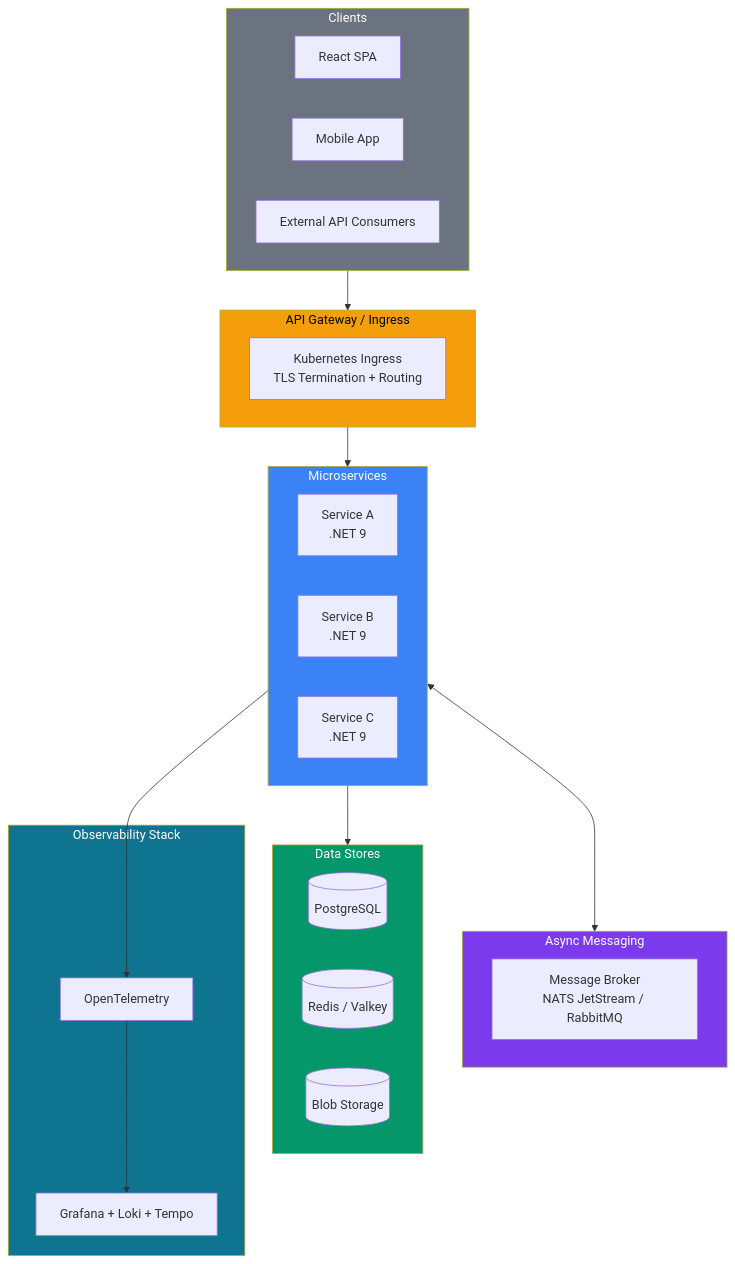
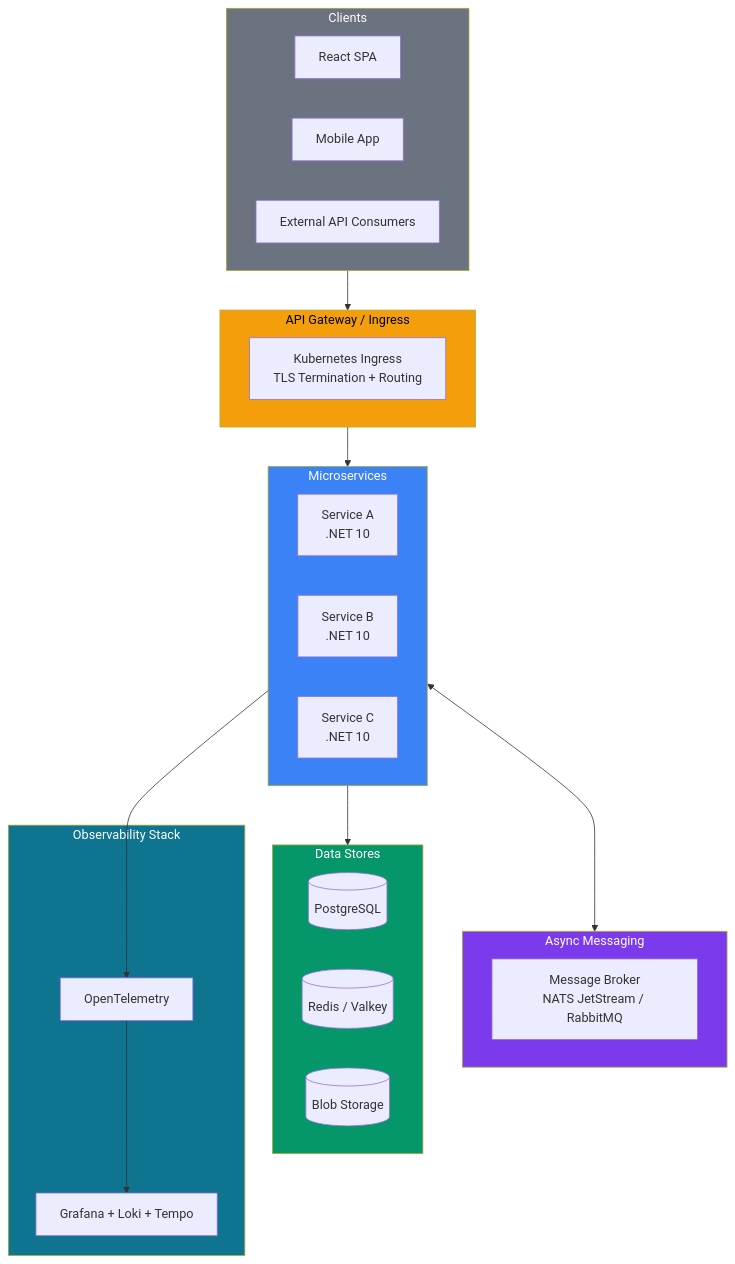
One commit to makigjuro/cloudstack-ai-plugins changed the first of 7 diagrams in docs/architecture.md. Above: the diagram before and after it, drawn with Mermaid. The commit also changed other lines of this file and 4 other files, not shown here.

````diff
--- a/docs/architecture.md
+++ b/docs/architecture.md
@@ -9,47 +9,47 @@
 ```mermaid
 graph TB
     subgraph clients["Clients"]
         spa["React SPA"]
         mobile["Mobile App"]
         external_api["External API Consumers"]
     end
 
     subgraph gateway["API Gateway / Ingress"]
         ingress["Kubernetes Ingress<br/>TLS Termination + Routing"]
     end
 
     subgraph services["Microservices"]
-        svc_a["Service A<br/>.NET 9"]
-        svc_b["Service B<br/>.NET 9"]
-        svc_c["Service C<br/>.NET 9"]
+        svc_a["Service A<br/>.NET 10"]
+        svc_b["Service B<br/>.NET 10"]
+        svc_c["Service C<br/>.NET 10"]
     end
 
     subgraph messaging["Async Messaging"]
         broker["Message Broker<br/>NATS JetStream / RabbitMQ"]
     end
 
     subgraph persistence["Data Stores"]
         pg[("PostgreSQL")]
         redis[("Redis / Valkey")]
         blob[("Blob Storage")]
     end
 
     subgraph observability["Observability Stack"]
         otel["OpenTelemetry"]
         grafana["Grafana + Loki + Tempo"]
     end
 
     clients --> gateway
     gateway --> services
     services <--> messaging
     services --> persistence
     services --> otel
     otel --> grafana
 
     style clients fill:#6B7280,color:#fff
     style gateway fill:#F59E0B,color:#000
     style services fill:#3B82F6,color:#fff
     style messaging fill:#7C3AED,color:#fff
     style persistence fill:#059669,color:#fff
     style observability fill:#0E7490,color:#fff
 ```
````
